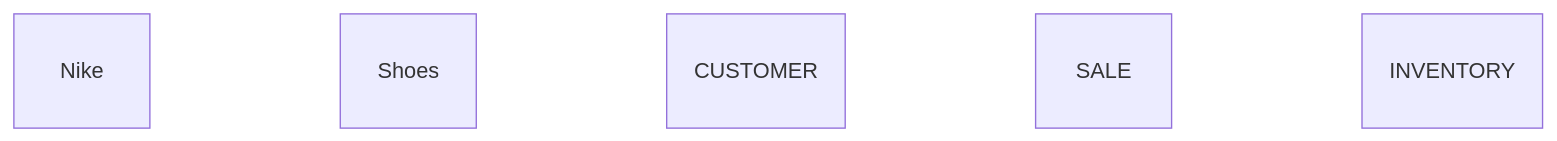
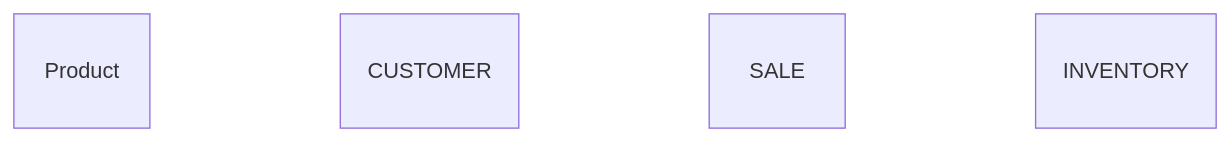
Before and after one commit to KPicket/KPicket.github.io: the diagram in NikeStore_ERD.md, drawn with Mermaid.

````diff
--- a/NikeStore_ERD.md
+++ b/NikeStore_ERD.md
@@ -1,11 +1,11 @@
 ```mermaid
 erDiagram
-Nike Shoes {
+Product {
 }
 CUSTOMER {
 }
 SALE {
 }
 INVENTORY {
 }
 ```
````
